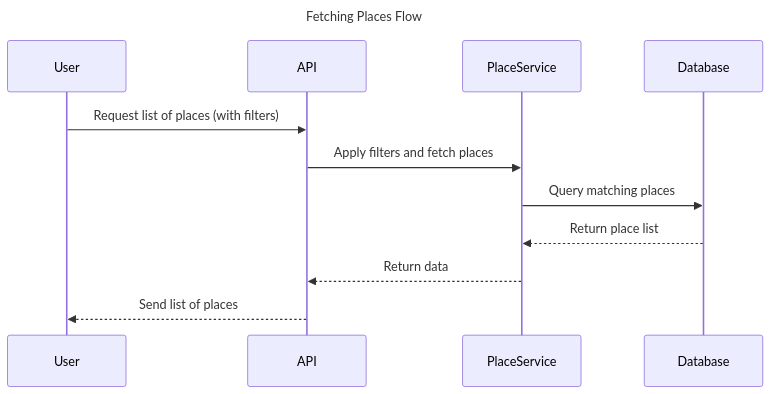
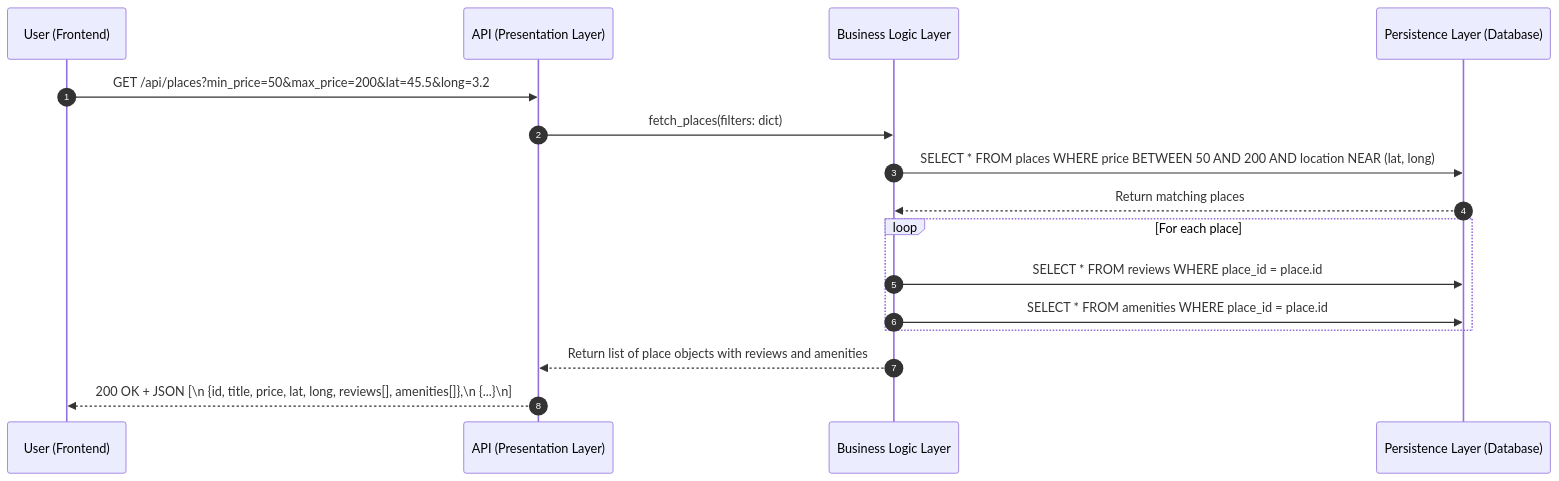
One commit to Roullito/holbertonschool-hbnb changed the fourth of 4 diagrams in part1/2_Sequence_Diagrams.md. Above: the diagram before and after it, drawn with Mermaid. The commit also changed other lines of this file, not shown here.

Commit message:
refactor: update sequence diagrams for API calls with detailed descriptions and improved structure

````diff
--- a/part1/2_Sequence_Diagrams.md
+++ b/part1/2_Sequence_Diagrams.md
@@ -96,17 +102,19 @@
 ```mermaid
 sequenceDiagram
-title Fetching Places Flow
-
-participant User
-participant API
-participant PlaceService
-participant Database
-
-User ->> API: Request list of places (with filters)
-API ->> PlaceService: Apply filters and fetch places
-PlaceService ->> Database: Query matching places
-Database -->> PlaceService: Return place list
-PlaceService -->> API: Return data
-API -->> User: Send list of places
-
+    autonumber
+    participant Client as User (Frontend)
+    participant API as API (Presentation Layer)
+    participant Logic as Business Logic Layer
+    participant DB as Persistence Layer (Database)
+    Client->>API: GET /api/places?min_price=50&max_price=200&lat=45.5&long=3.2
+    API->>Logic: fetch_places(filters: dict)
+    Logic->>DB: SELECT * FROM places WHERE price BETWEEN 50 AND 200 AND location NEAR (lat, long)
+    DB-->>Logic: Return matching places
+    loop For each place
+        Logic->>DB: SELECT * FROM reviews WHERE place_id = place.id
+        Logic->>DB: SELECT * FROM amenities WHERE place_id = place.id
+    end
+    Logic-->>API: Return list of place objects with reviews and amenities
+    API-->>Client: 200 OK + JSON [\n  {id, title, price, lat, long, reviews[], amenities[]},\n  {...}\n]
+    
 ```
````
